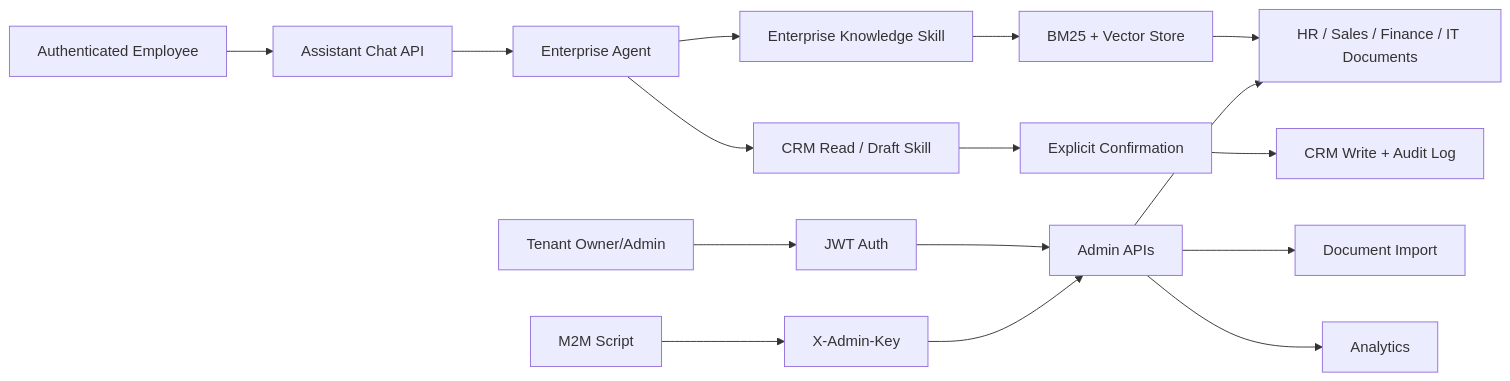
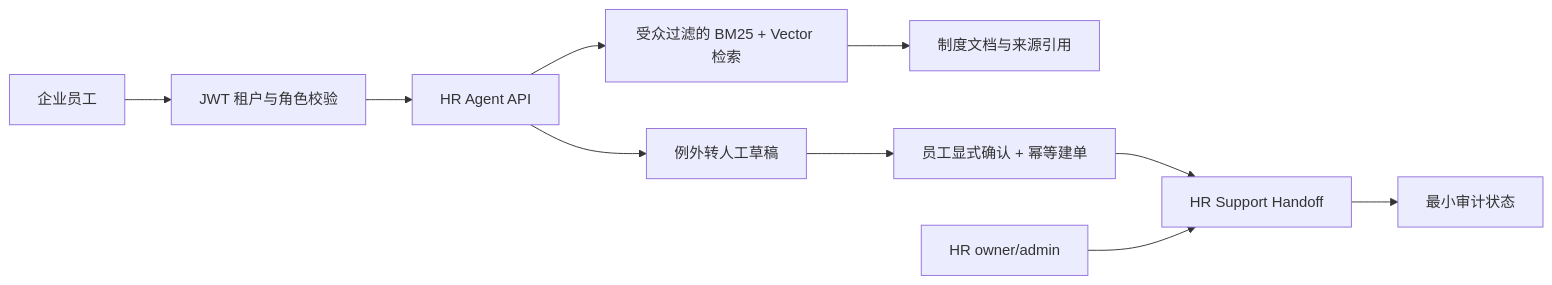
The diagram in README.md (daydreamer0213/Smart-CS), drawn with Mermaid before and after one commit. The commit also changed other lines of this file and 5 other files, not shown here.

````diff
--- a/README.md
+++ b/README.md
@@ -61,20 +29,12 @@
 ```mermaid
 flowchart LR
-    Employee["Authenticated Employee"] --> Assistant["Assistant Chat API"]
-    Assistant --> Agent["Enterprise Agent"]
-    Agent --> Knowledge["Enterprise Knowledge Skill"]
-    Agent --> CRM["CRM Read / Draft Skill"]
-    Knowledge --> RAG["BM25 + Vector Store"]
-    RAG --> KB["HR / Sales / Finance / IT Documents"]
-    CRM --> Confirm["Explicit Confirmation"]
-    Confirm --> Audit["CRM Write + Audit Log"]
-
-    Admin["Tenant Owner/Admin"] --> Auth["JWT Auth"]
-    Auth --> AdminAPI["Admin APIs"]
-    AdminAPI --> Docs["Document Import"]
-    AdminAPI --> KB
-    AdminAPI --> Analytics["Analytics"]
-
-    Script["M2M Script"] --> ApiKey["X-Admin-Key"]
-    ApiKey --> AdminAPI
+    Employee["企业员工"] --> JWT["JWT 租户与角色校验"]
+    JWT --> Assistant["HR Agent API"]
+    Assistant --> Retrieval["受众过滤的 BM25 + Vector 检索"]
+    Retrieval --> Documents["制度文档与来源引用"]
+    Assistant --> Draft["例外转人工草稿"]
+    Draft --> Confirm["员工显式确认 + 幂等建单"]
+    Confirm --> Handoff["HR Support Handoff"]
+    HRAdmin["HR owner/admin"] --> Handoff
+    Handoff --> Audit["最小审计状态"]
 ```
````
